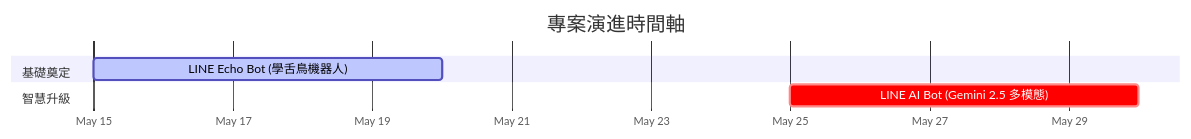
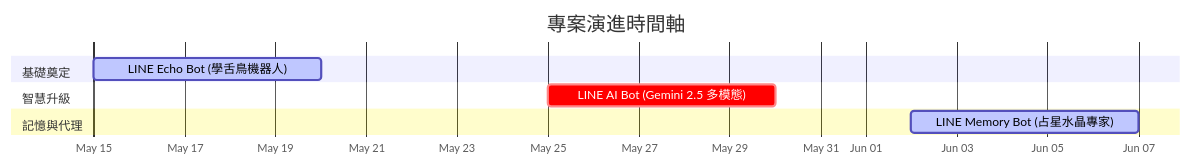
Before and after one commit to zonawang/zona-ai-learning-lab: the diagram in README.md, drawn with Mermaid. The commit also changed other lines of this file, not shown here.

Commit message:
docs: add LINE Memory Bot (Astrology & Crystal Expert) with Google ADK and Firestore

````diff
--- a/README.md
+++ b/README.md
@@ -11,12 +11,15 @@
 ```mermaid
 gantt
     title 專案演進時間軸
     dateFormat  YYYY-MM-DD
     axisFormat  %b %d
     
     section 基礎奠定
     LINE Echo Bot (學舌鳥機器人) :active, p1, 2026-05-15, 5d
     
     section 智慧升級
     LINE AI Bot (Gemini 2.5 多模態) :crit, p2, 2026-05-25, 5d
+    
+    section 記憶與代理
+    LINE Memory Bot (占星水晶專家) :active, p3, 2026-06-02, 5d
 ```
````
